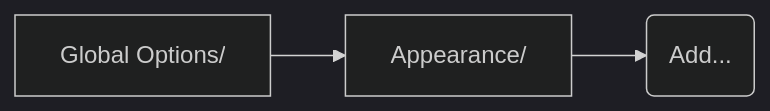
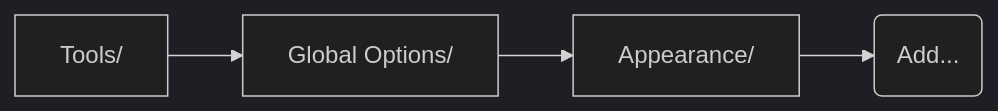
The diagram in README.md (eric-hunt/rosepine.rstheme), drawn with Mermaid (dark theme) before and after one commit. The commit also changed 3 other files, not shown here.

````diff
--- a/README.md
+++ b/README.md
@@ -78,4 +78,4 @@
 ``` mermaid
 flowchart LR
-  A["Global Options/"]-->B["Appearance/"]-->C("Add...")
+  A["Tools/"]-->B["Global Options/"]-->C["Appearance/"]-->D("Add...")
 ```
````
